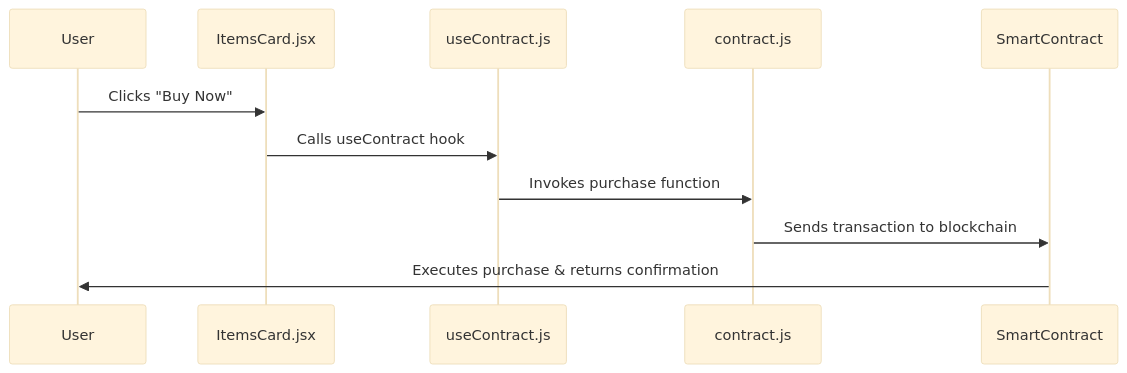
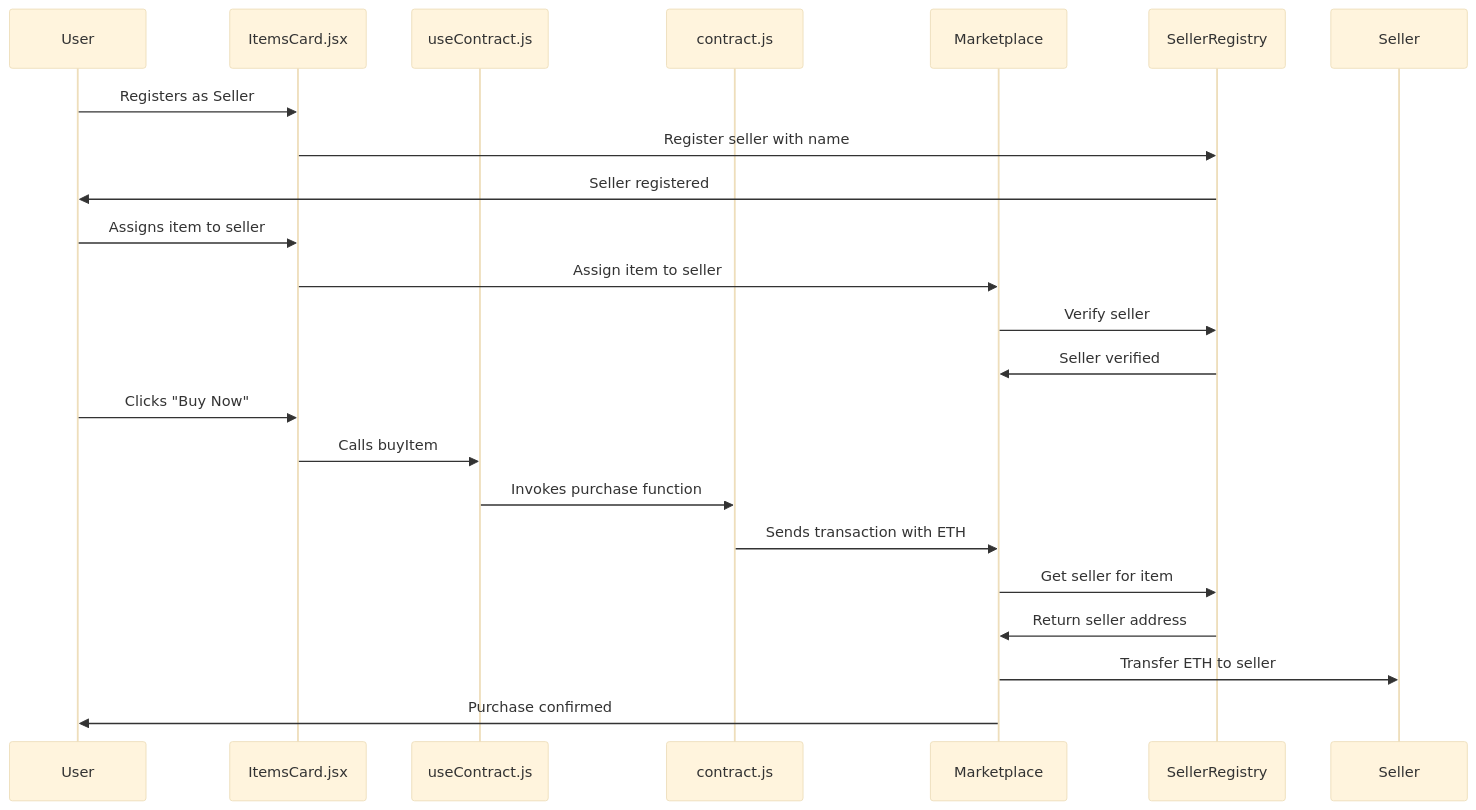
One commit to oyingrace/simple-onchain-marketplace changed the diagram in README.md. Above: the diagram before and after it, drawn with Mermaid (base theme). The commit also changed other lines of this file, not shown here.

First line of the commit message:
Update README to reflect changes in marketplace functionality and contract structure

````diff
--- a/README.md
+++ b/README.md
@@ -15,14 +15,27 @@
 ```mermaid
 sequenceDiagram
     participant User
     participant ItemsCard.jsx
     participant useContract.js
     participant contract.js
-    participant SmartContract
+    participant Marketplace
+    participant SellerRegistry
 
+    User->>ItemsCard.jsx: Registers as Seller
+    ItemsCard.jsx->>SellerRegistry: Register seller with name
+    SellerRegistry->>User: Seller registered
+    
+    User->>ItemsCard.jsx: Assigns item to seller
+    ItemsCard.jsx->>Marketplace: Assign item to seller
+    Marketplace->>SellerRegistry: Verify seller
+    SellerRegistry->>Marketplace: Seller verified
+    
     User->>ItemsCard.jsx: Clicks "Buy Now"
-    ItemsCard.jsx->>useContract.js: Calls useContract hook
+    ItemsCard.jsx->>useContract.js: Calls buyItem
     useContract.js->>contract.js: Invokes purchase function
-    contract.js->>SmartContract: Sends transaction to blockchain
-    SmartContract->>User: Executes purchase & returns confirmation
+    contract.js->>Marketplace: Sends transaction with ETH
+    Marketplace->>SellerRegistry: Get seller for item
+    SellerRegistry->>Marketplace: Return seller address
+    Marketplace->>Seller: Transfer ETH to seller
+    Marketplace->>User: Purchase confirmed
 ```
````
